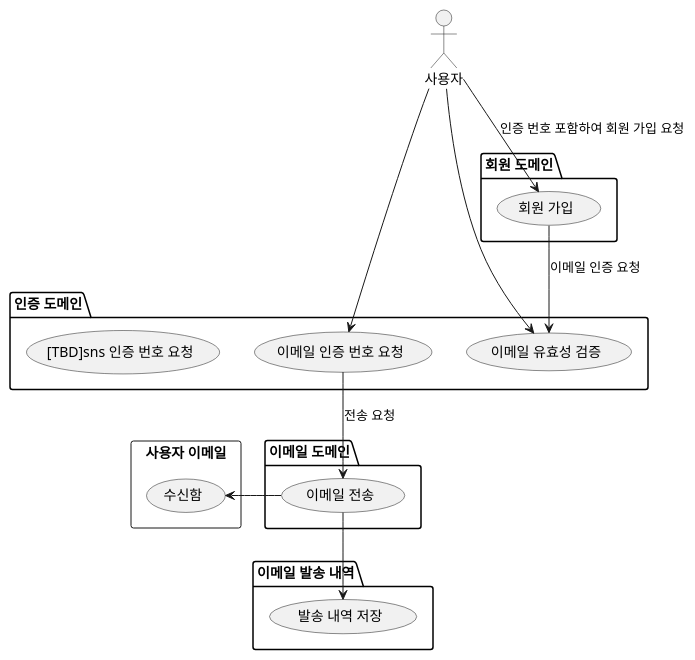
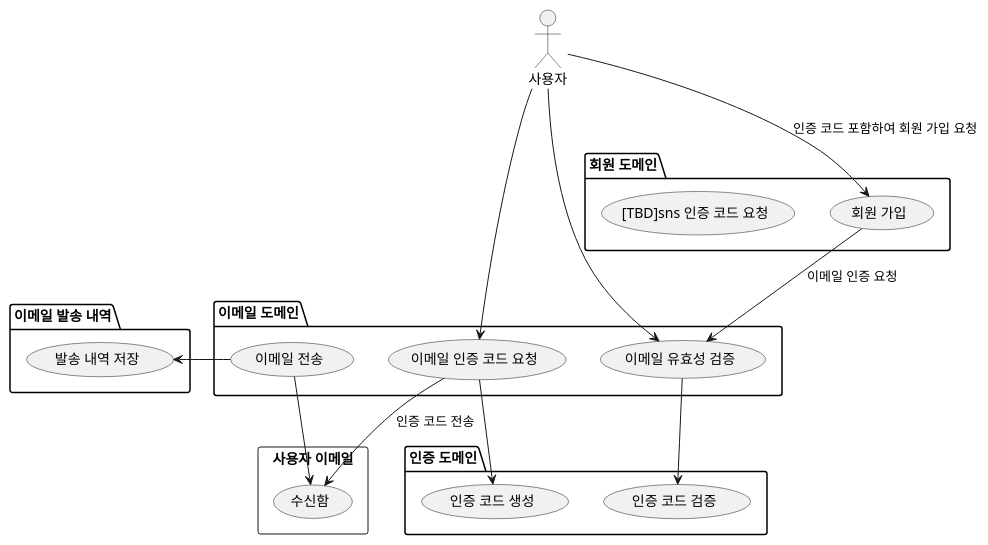
The diagram in .uml/signup/UseCase.puml (dykim-base-project/boot2-hexagonal), drawn with PlantUML before and after one commit. The commit also changed 33 other files, not shown here.

```diff
--- a/.uml/signup/UseCase.puml
+++ b/.uml/signup/UseCase.puml
@@ -1,35 +1,39 @@
 @startuml
 
 actor 사용자
 
 package "이메일 도메인" {
   (이메일 전송)
+  (이메일 인증 코드 요청)
+  (이메일 유효성 검증)
 }
 
 package "이메일 발송 내역" {
     (발송 내역 저장)
 }
 
 rectangle "사용자 이메일" {
   (수신함)
 }
 
 package "회원 도메인" {
   (회원 가입)
+  ([TBD]sns 인증 코드 요청)
 }
 
 package "인증 도메인" {
-  (이메일 인증 번호 요청)
-  (이메일 유효성 검증)
-  ([TBD]sns 인증 번호 요청)
+  (인증 코드 생성)
+  (인증 코드 검증)
 }
 
-(수신함) <- (이메일 전송)
-사용자 -> (이메일 인증 번호 요청)
+(발송 내역 저장) <- (이메일 전송)
+(이메일 전송) --> (수신함)
+사용자 -> (이메일 인증 코드 요청)
 사용자 -> (이메일 유효성 검증)
-(이메일 인증 번호 요청) --> (이메일 전송): 전송 요청
-(이메일 전송) --> (발송 내역 저장)
+(이메일 유효성 검증) --> (인증 코드 검증)
+(이메일 인증 코드 요청) --> (인증 코드 생성)
+(이메일 인증 코드 요청) -> (수신함): 인증 코드 전송
 
-사용자 --> (회원 가입): 인증 번호 포함하여 회원 가입 요청
+사용자 --> (회원 가입): 인증 코드 포함하여 회원 가입 요청
 (회원 가입) --> (이메일 유효성 검증): 이메일 인증 요청
 @enduml
```
